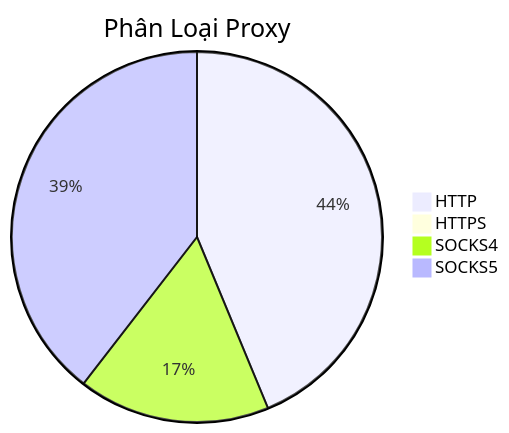
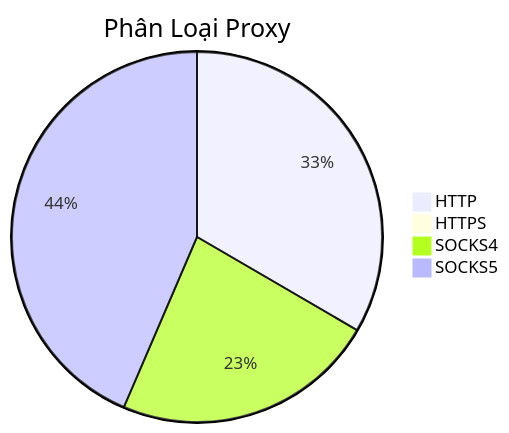
The diagram in README.md (Ciara-12/PROXY-free), drawn with Mermaid before and after one commit. The commit also changed other lines of this file and 4 other files, not shown here.

````diff
--- a/README.md
+++ b/README.md
@@ -26,7 +26,7 @@
 ```mermaid
 pie title Phân Loại Proxy
-    "HTTP" : 755
-    "HTTPS" : 1
-    "SOCKS4" : 289
-    "SOCKS5" : 682
+    "HTTP" : 398
+    "HTTPS" : 0
+    "SOCKS4" : 275
+    "SOCKS5" : 519
 ```
````
